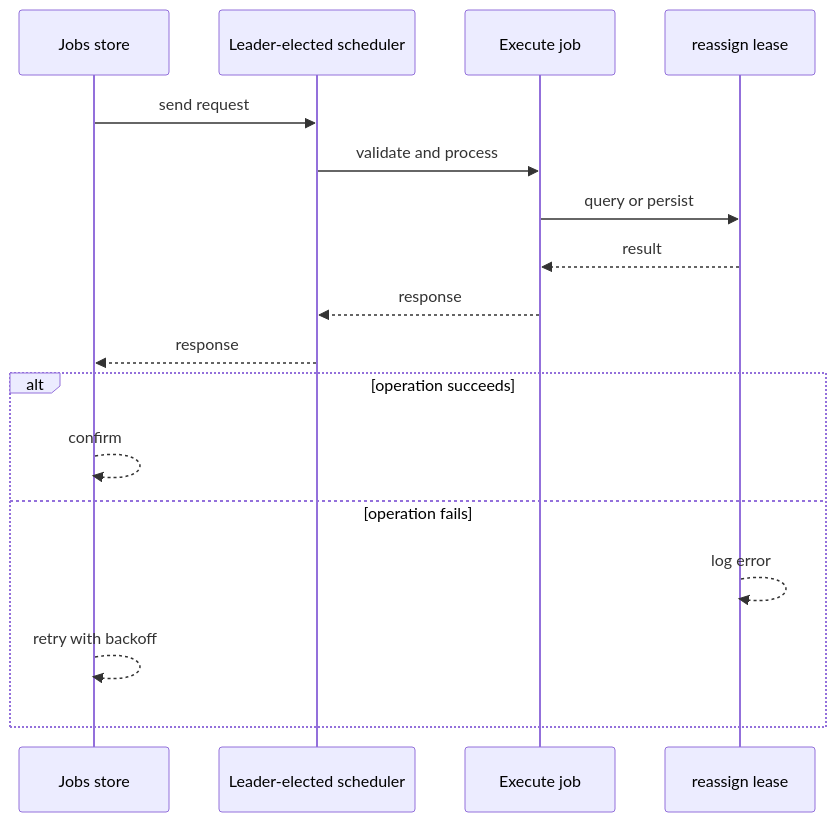
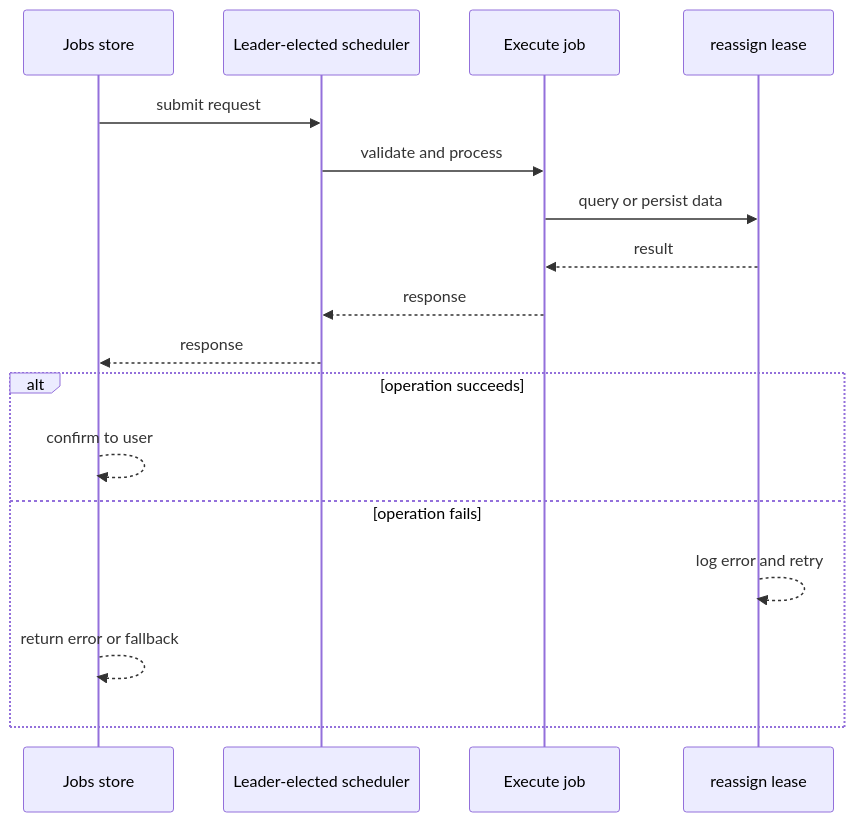
Before and after one commit to RIT-MESH/system-design-mastery: the second of 4 diagrams in case-studies/advanced/distributed-scheduler.md, drawn with Mermaid. The commit also changed other lines of this file and 127 other files, not shown here.

First line of the commit message:
Improve all case study diagrams: case-specific sequences, fix truncated labels

````diff
--- a/case-studies/advanced/distributed-scheduler.md
+++ b/case-studies/advanced/distributed-scheduler.md
@@ -74,20 +74,20 @@
 ```mermaid
 %% created-for: system-design-mastery
 sequenceDiagram
-  participant C0 as Jobs store
-  participant C1 as Leader-elected scheduler
-  participant C2 as Execute job
-  participant C3 as reassign lease
-  C0 ->> C1: send request
-  C1 ->> C2: validate and process
-  C2 ->> C3: query or persist
-  C3 -->> C2: result
-  C2 -->> C1: response
-  C1 -->> C0: response
+  participant P0 as Jobs store
+  participant P1 as Leader-elected scheduler
+  participant P2 as Execute job
+  participant P3 as reassign lease
+  P0 ->> P1: submit request
+  P1 ->> P2: validate and process
+  P2 ->> P3: query or persist data
+  P3 -->> P2: result
+  P2 -->> P1: response
+  P1 -->> P0: response
   alt operation succeeds
-    C0 -->> C0: confirm
+    P0 -->> P0: confirm to user
   else operation fails
-    C3 -->> C3: log error
-    C0 -->> C0: retry with backoff
+    P3 -->> P3: log error and retry
+    P0 -->> P0: return error or fallback
   end
 ```
````
